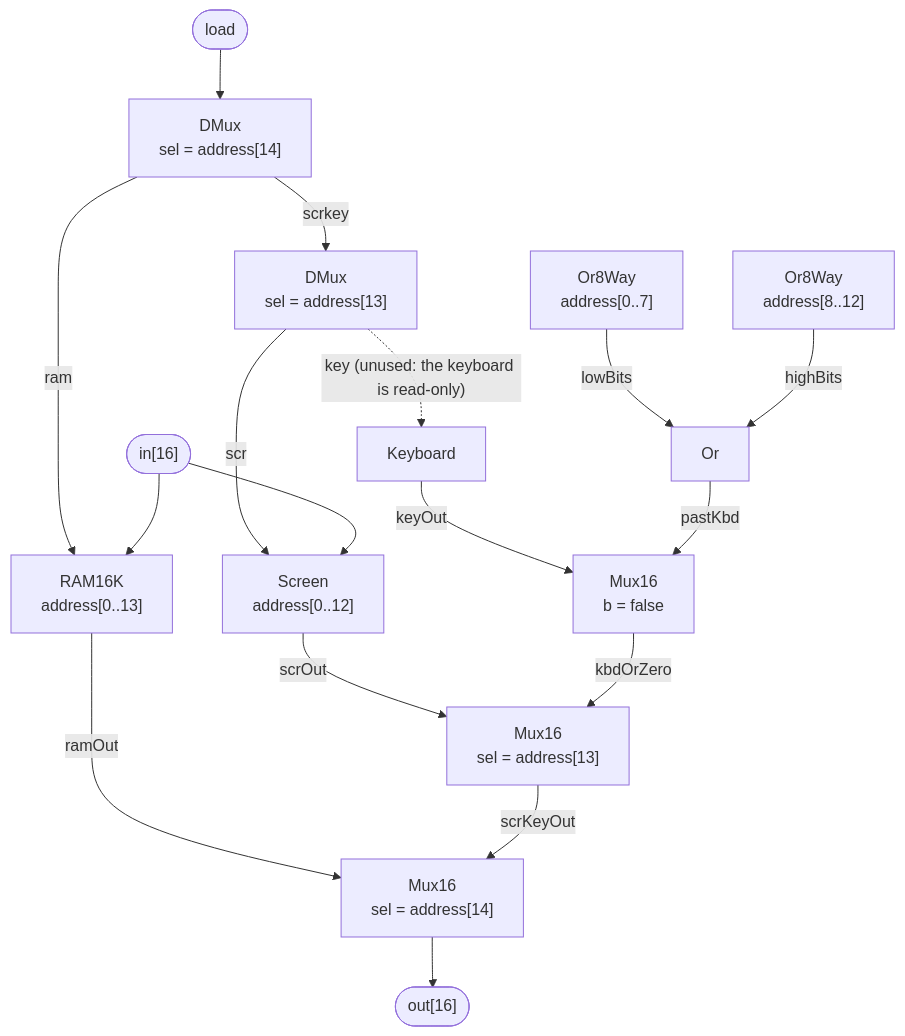
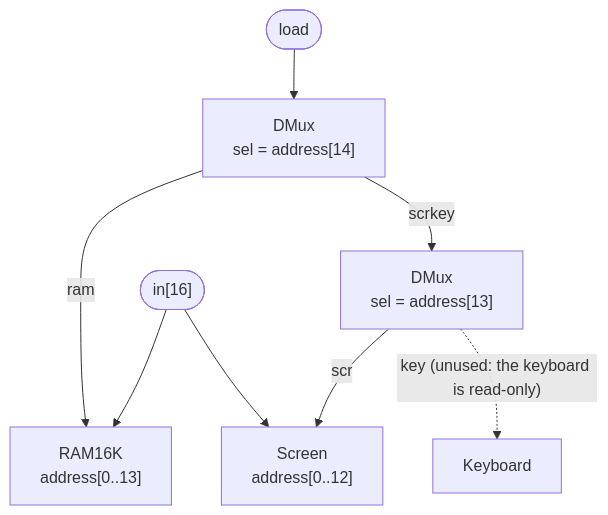
One commit to spaceadler/nand2tetris changed the second of 8 diagrams in README.md. Above: the diagram before and after it, drawn with Mermaid. The commit also changed other lines of this file, not shown here.

Commit message:
README: narrower diagrams; memory and CPU each split into two

````diff
--- a/README.md
+++ b/README.md
@@ -49,20 +34,9 @@
 ```mermaid
 flowchart TB
     load(["load"]) --> d1["DMux<br/>sel = address[14]"]
-    d1 -->|ram| ram
+    d1 -->|ram| ram["RAM16K<br/>address[0..13]"]
     d1 -->|scrkey| d2["DMux<br/>sel = address[13]"]
-    d2 -->|scr| scr
-    d2 -.->|"key (unused: the keyboard is read-only)"| kbd
-
+    d2 -->|scr| scr["Screen<br/>address[0..12]"]
+    d2 -.->|"key (unused: the keyboard is read-only)"| kbd["Keyboard"]
     inp(["in[16]"]) --> ram & scr
-    ram["RAM16K<br/>address[0..13]"] -->|ramOut| m3
-    scr["Screen<br/>address[0..12]"] -->|scrOut| m2
-    kbd["Keyboard"] -->|keyOut| mk
-
-    lo["Or8Way<br/>address[0..7]"] -->|lowBits| past["Or"]
-    hi["Or8Way<br/>address[8..12]"] -->|highBits| past
-    past -->|pastKbd| mk["Mux16<br/>b = false"]
-    mk -->|kbdOrZero| m2["Mux16<br/>sel = address[13]"]
-    m2 -->|scrKeyOut| m3["Mux16<br/>sel = address[14]"]
-    m3 --> out(["out[16]"])
 ```
````
